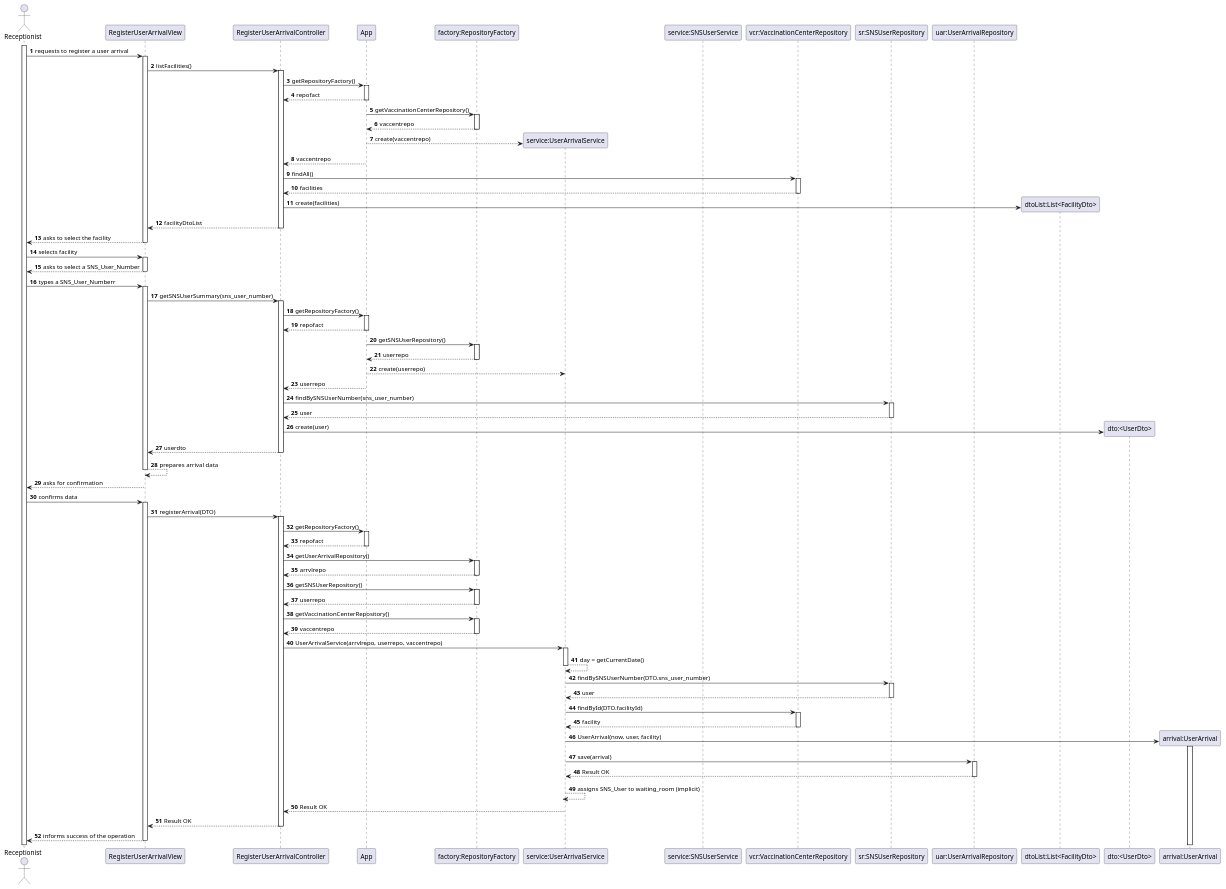
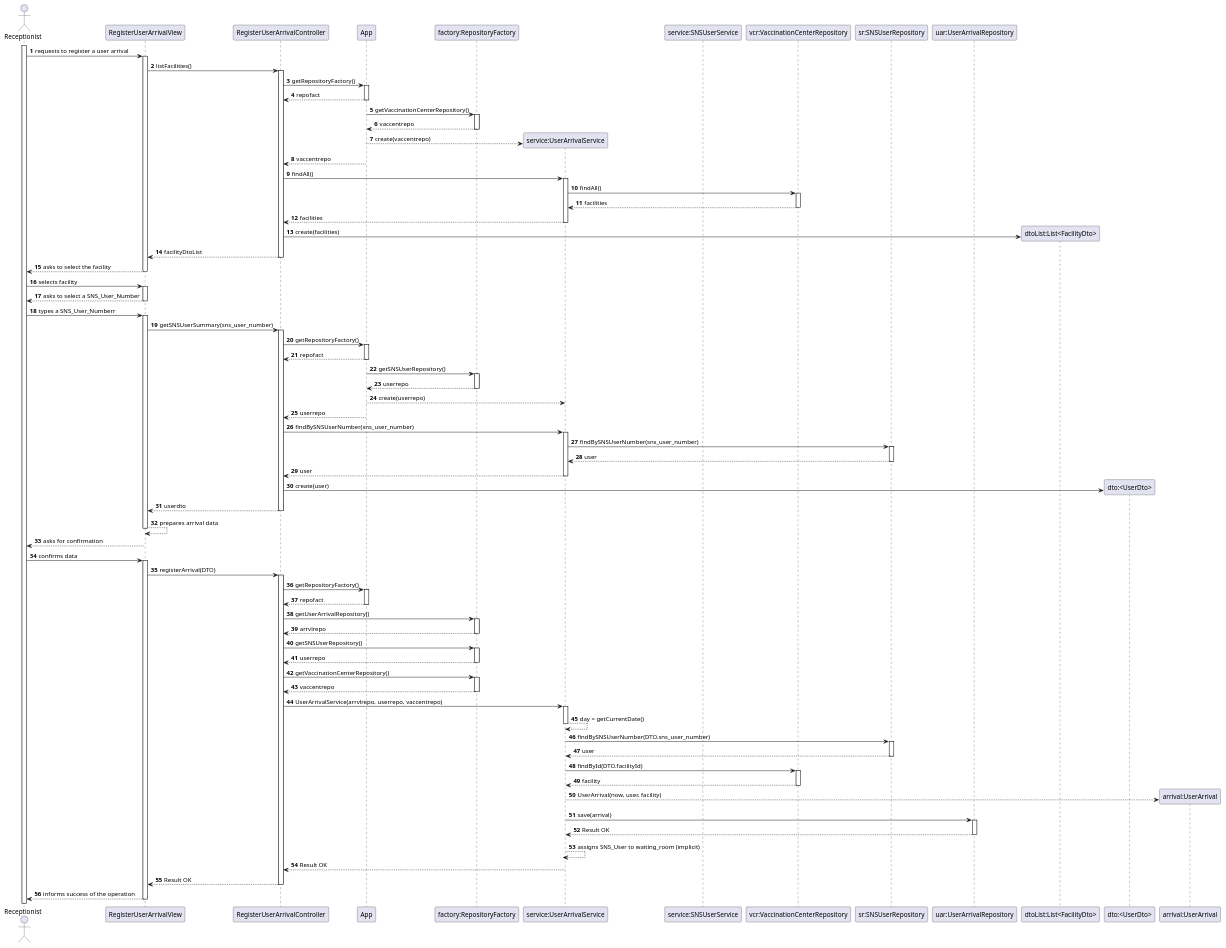
The diagram in docs/system-documentation/US22/puml/US22-SD.puml (Parafita123/leti-esoft-25-26-B1), drawn with PlantUML before and after one commit. The commit also changed 2 other files, not shown here.

```diff
--- a/docs/system-documentation/US22/puml/US22-SD.puml
+++ b/docs/system-documentation/US22/puml/US22-SD.puml
@@ -1,92 +1,96 @@
 @startuml
 'https://plantuml.com/sequence-diagram
 autoactivate on
 autonumber
 
 
 actor Receptionist as recep
 participant RegisterUserArrivalView as View
 participant RegisterUserArrivalController as controller
 participant App as app
 
 activate recep
 
 participant "factory:RepositoryFactory" as repofact
 participant "service:UserArrivalService" as service
 participant "service:SNSUserService" as service1
 participant "vcr:VaccinationCenterRepository" as vaccentrepo
 participant "sr:SNSUserRepository" as userrepo
 participant "uar:UserArrivalRepository" as arrvlrepo
 participant "dtoList:List<FacilityDto>" as FacilityDtoList
 participant "dto:<UserDto>" as userdto
 
 participant "arrival:UserArrival" as arrival
 
 
 recep -> View: requests to register a user arrival
 
 View -> controller: listFacilities()
 controller -> app: getRepositoryFactory()
 app --> controller: repofact
 app -> repofact: getVaccinationCenterRepository()
 repofact --> app: vaccentrepo
 app --> service**: create(vaccentrepo)
 app --> controller: vaccentrepo
-controller -> vaccentrepo: findAll()
-vaccentrepo --> controller: facilities
+controller -> service: findAll()
+service -> vaccentrepo: findAll()
+vaccentrepo --> service: facilities
+service --> controller: facilities
 controller -> FacilityDtoList**: create(facilities)
 controller --> View: facilityDtoList
 
 View --> recep: asks to select the facility
 recep -> View: selects facility
 
 View --> recep: asks to select a SNS_User_Number
 recep -> View:  types a SNS_User_Numberr
 
 View -> controller: getSNSUserSummary(sns_user_number)
 controller -> app: getRepositoryFactory()
 app --> controller: repofact
 app -> repofact: getSNSUserRepository()
 repofact --> app: userrepo
 app --> service: create(userrepo)
 app --> controller: userrepo
-controller -> userrepo: findBySNSUserNumber(sns_user_number)
-userrepo --> controller: user
+controller -> service: findBySNSUserNumber(sns_user_number)
+service -> userrepo: findBySNSUserNumber(sns_user_number)
+userrepo --> service: user
+service --> controller: user
 controller -> userdto**: create(user)
 controller --> View: userdto
 
 View --> View: prepares arrival data
 View --> recep: asks for confirmation
 recep -> View: confirms data
 
 View -> controller: registerArrival(DTO)
 
 controller -> app: getRepositoryFactory()
 app --> controller: repofact
 controller -> repofact: getUserArrivalRepository()
 repofact --> controller: arrvlrepo
 controller -> repofact: getSNSUserRepository()
 repofact --> controller: userrepo
 controller -> repofact: getVaccinationCenterRepository()
 repofact --> controller: vaccentrepo
 
 controller -> service: UserArrivalService(arrvlrepo, userrepo, vaccentrepo)
 
 service --> service: day = getCurrentDate()
 service -> userrepo: findBySNSUserNumber(DTO.sns_user_number)
 userrepo --> service: user
 service -> vaccentrepo: findById(DTO.facilityId)
 vaccentrepo --> service: facility
 
 create arrival
-service -> arrival: UserArrival(now, user, facility)
+service --> arrival: UserArrival(now, user, facility)
 
 service -> arrvlrepo: save(arrival)
 arrvlrepo --> service: Result OK
 
 service --> service: assigns SNS_User to waiting_room (implicit)
 service --> controller: Result OK
 controller --> View: Result OK
 View --> recep: informs success of the operation
 
 @enduml
```
